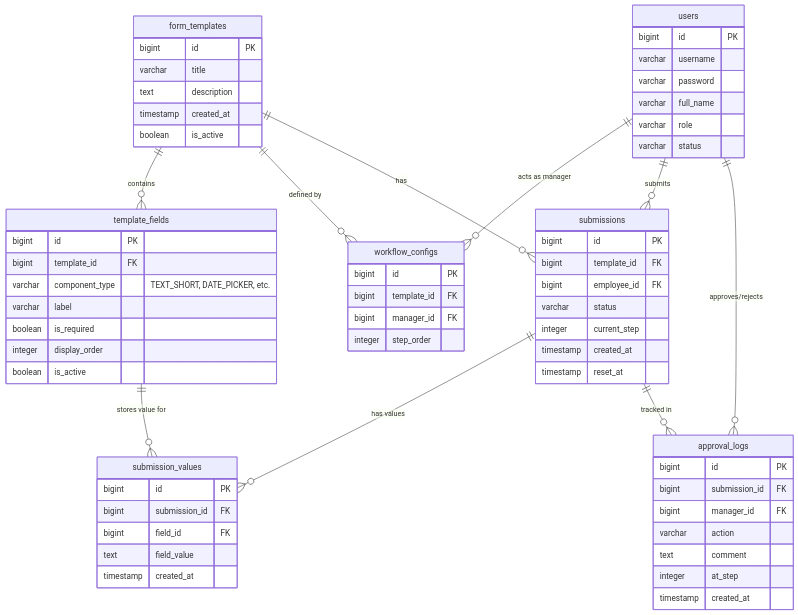
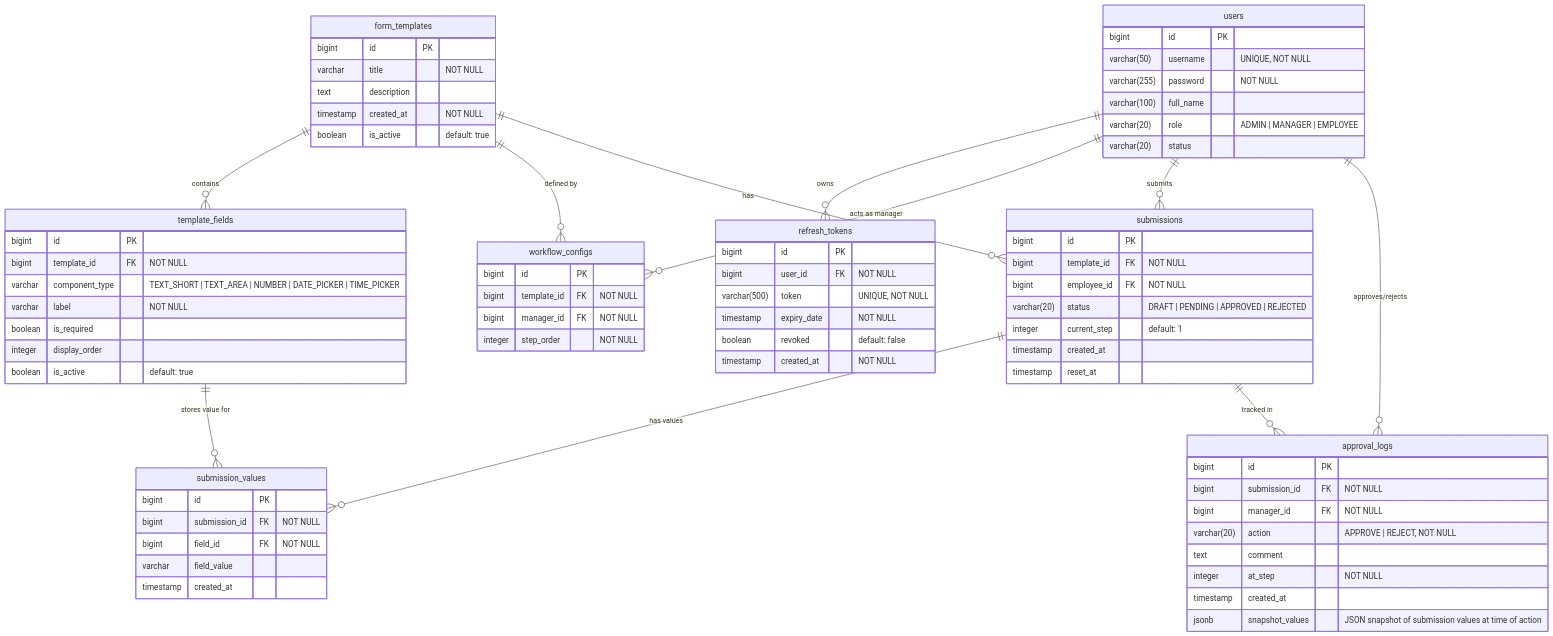
Before and after one commit to k-sbu1-copilot13/ESM: the diagram in docs/db_diagram.md, drawn with Mermaid. The commit also changed other lines of this file and 2 other files, not shown here.

Commit message:
validate

```diff
--- a/docs/db_diagram.md
+++ b/docs/db_diagram.md
@@ -6,66 +6,77 @@
 erDiagram
     users {
         bigint id PK
-        varchar username
-        varchar password
-        varchar full_name
-        varchar role
-        varchar status
+        varchar(50) username "UNIQUE, NOT NULL"
+        varchar(255) password "NOT NULL"
+        varchar(100) full_name
+        varchar(20) role "ADMIN | MANAGER | EMPLOYEE"
+        varchar(20) status
+    }
+
+    refresh_tokens {
+        bigint id PK
+        bigint user_id FK "NOT NULL"
+        varchar(500) token "UNIQUE, NOT NULL"
+        timestamp expiry_date "NOT NULL"
+        boolean revoked "default: false"
+        timestamp created_at "NOT NULL"
     }
 
     form_templates {
         bigint id PK
-        varchar title
+        varchar title "NOT NULL"
         text description
-        timestamp created_at
-        boolean is_active
+        timestamp created_at "NOT NULL"
+        boolean is_active "default: true"
     }
 
     template_fields {
         bigint id PK
-        bigint template_id FK
-        varchar component_type "TEXT_SHORT, DATE_PICKER, etc."
-        varchar label
+        bigint template_id FK "NOT NULL"
+        varchar component_type "TEXT_SHORT | TEXT_AREA | NUMBER | DATE_PICKER | TIME_PICKER"
+        varchar label "NOT NULL"
         boolean is_required
         integer display_order
-        boolean is_active
+        boolean is_active "default: true"
     }
 
     workflow_configs {
         bigint id PK
-        bigint template_id FK
-        bigint manager_id FK
-        integer step_order
+        bigint template_id FK "NOT NULL"
+        bigint manager_id FK "NOT NULL"
+        integer step_order "NOT NULL"
     }
 
     submissions {
         bigint id PK
-        bigint template_id FK
-        bigint employee_id FK
-        varchar status
-        integer current_step
+        bigint template_id FK "NOT NULL"
+        bigint employee_id FK "NOT NULL"
+        varchar(20) status "DRAFT | PENDING | APPROVED | REJECTED"
+        integer current_step "default: 1"
         timestamp created_at
         timestamp reset_at
     }
 
     submission_values {
         bigint id PK
-        bigint submission_id FK
-        bigint field_id FK
-        text field_value
+        bigint submission_id FK "NOT NULL"
+        bigint field_id FK "NOT NULL"
+        varchar field_value
         timestamp created_at
     }
 
     approval_logs {
         bigint id PK
-        bigint submission_id FK
-        bigint manager_id FK
-        varchar action
+        bigint submission_id FK "NOT NULL"
+        bigint manager_id FK "NOT NULL"
+        varchar(20) action "APPROVE | REJECT, NOT NULL"
         text comment
-        integer at_step
+        integer at_step "NOT NULL"
         timestamp created_at
+        jsonb snapshot_values "JSON snapshot of submission values at time of action"
     }
 
+    users ||--o{ refresh_tokens : "owns"
     form_templates ||--o{ template_fields : "contains"
     form_templates ||--o{ workflow_configs : "defined by"
     users ||--o{ workflow_configs : "acts as manager"
```
